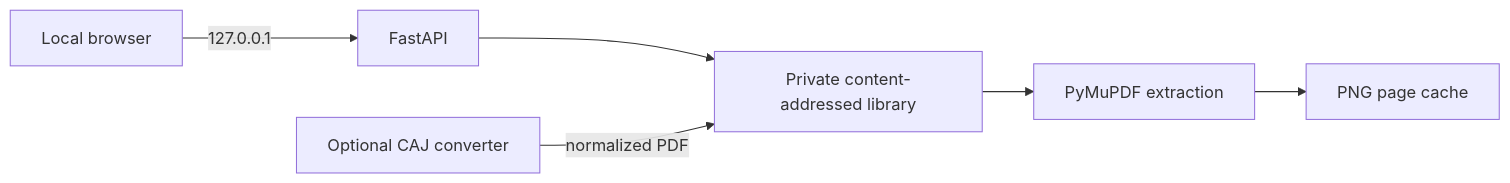
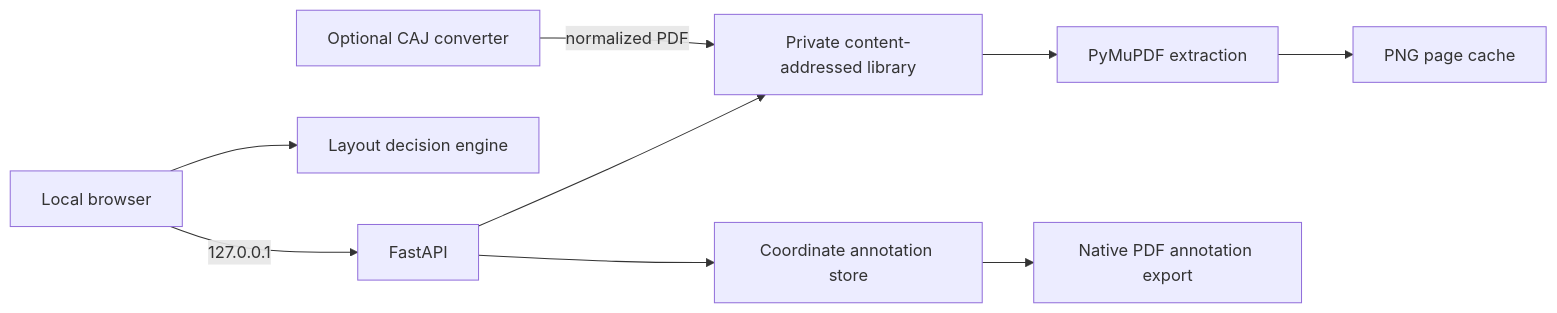
Before and after one commit to BladeDancer743/Interlinear: the second of 2 diagrams in docs/architecture.md, drawn with Mermaid. The commit also changed other lines of this file and 19 other files, not shown here.

````diff
--- a/docs/architecture.md
+++ b/docs/architecture.md
@@ -62,8 +74,11 @@
 ```mermaid
 flowchart LR
     U[Local browser] -->|127.0.0.1| API[FastAPI]
     API --> S[Private content-addressed library]
     S --> P[PyMuPDF extraction]
     P --> R[PNG page cache]
+    U --> L[Layout decision engine]
+    API --> A[Coordinate annotation store]
+    A --> E[Native PDF annotation export]
     C[Optional CAJ converter] -->|normalized PDF| S
 ```
````
